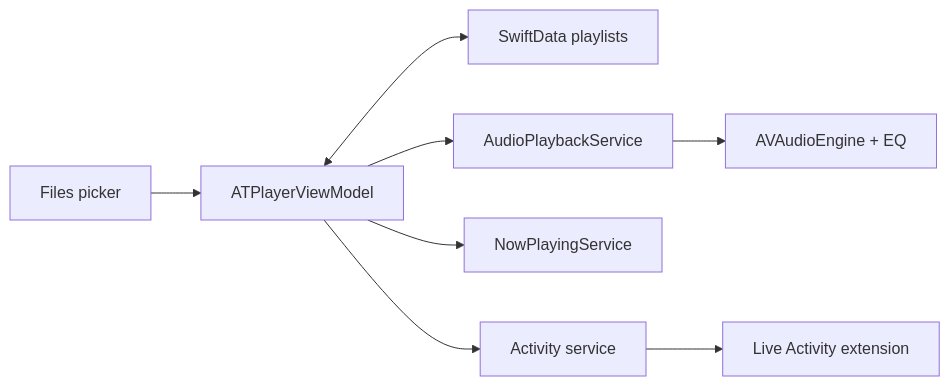
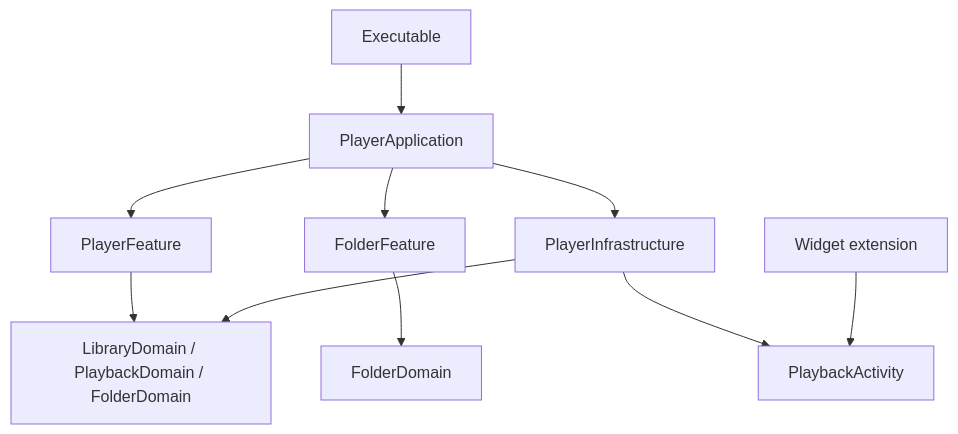
One commit to andrey-torlopov/ATPlayer changed the diagram in docs/en/development.md. Above: the diagram before and after it, drawn with Mermaid. The commit also changed other lines of this file and 34 other files, not shown here.

Commit message:
Add folder browsing and cached playback

````diff
--- a/docs/en/development.md
+++ b/docs/en/development.md
@@ -49,10 +52,12 @@
 ```mermaid
-flowchart LR
-    Files[Files picker] --> VM[ATPlayerViewModel]
-    VM <--> Store[SwiftData playlists]
-    VM --> Audio[AudioPlaybackService]
-    Audio --> Engine[AVAudioEngine + EQ]
-    VM --> Now[NowPlayingService]
-    VM --> Live[Activity service]
-    Live --> Widget[Live Activity extension]
+flowchart TD
+    App[Executable] --> Application[PlayerApplication]
+    Application --> Player[PlayerFeature]
+    Application --> Folders[FolderFeature]
+    Application --> Infra[PlayerInfrastructure]
+    Player --> Domains[LibraryDomain / PlaybackDomain / FolderDomain]
+    Folders --> FolderDomain
+    Infra --> Domains
+    Infra --> Activity[PlaybackActivity]
+    Extension[Widget extension] --> Activity
 ```
````
